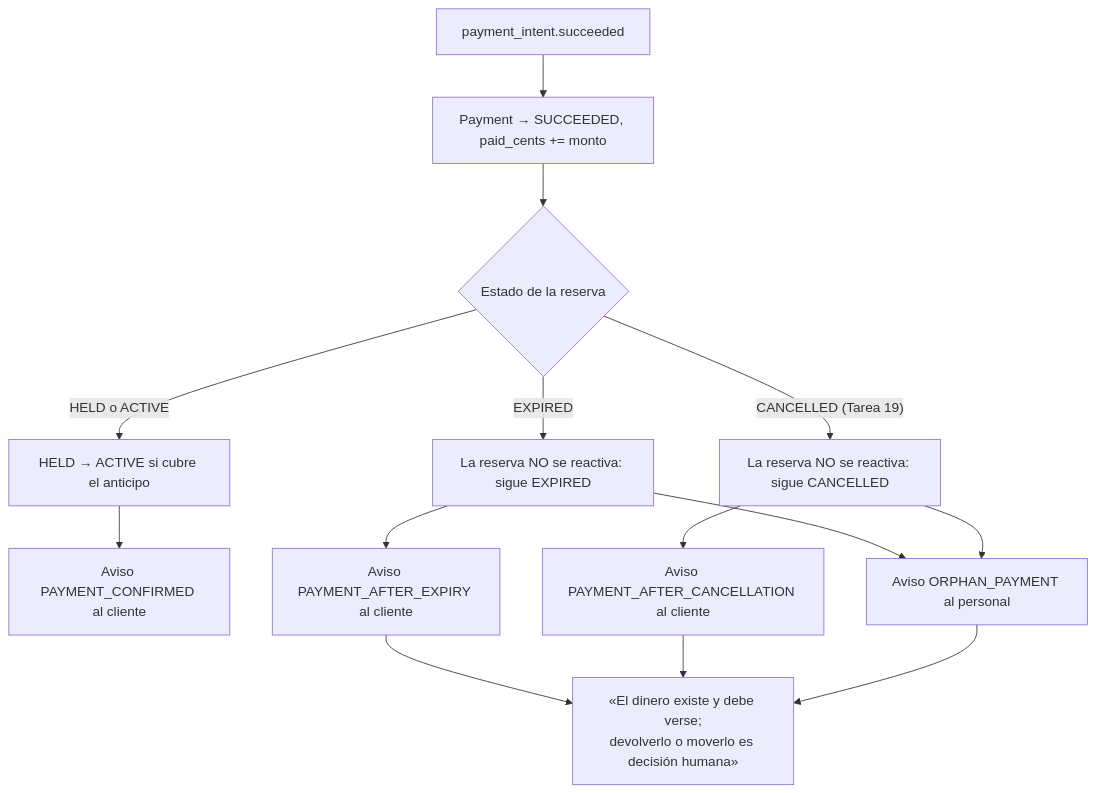
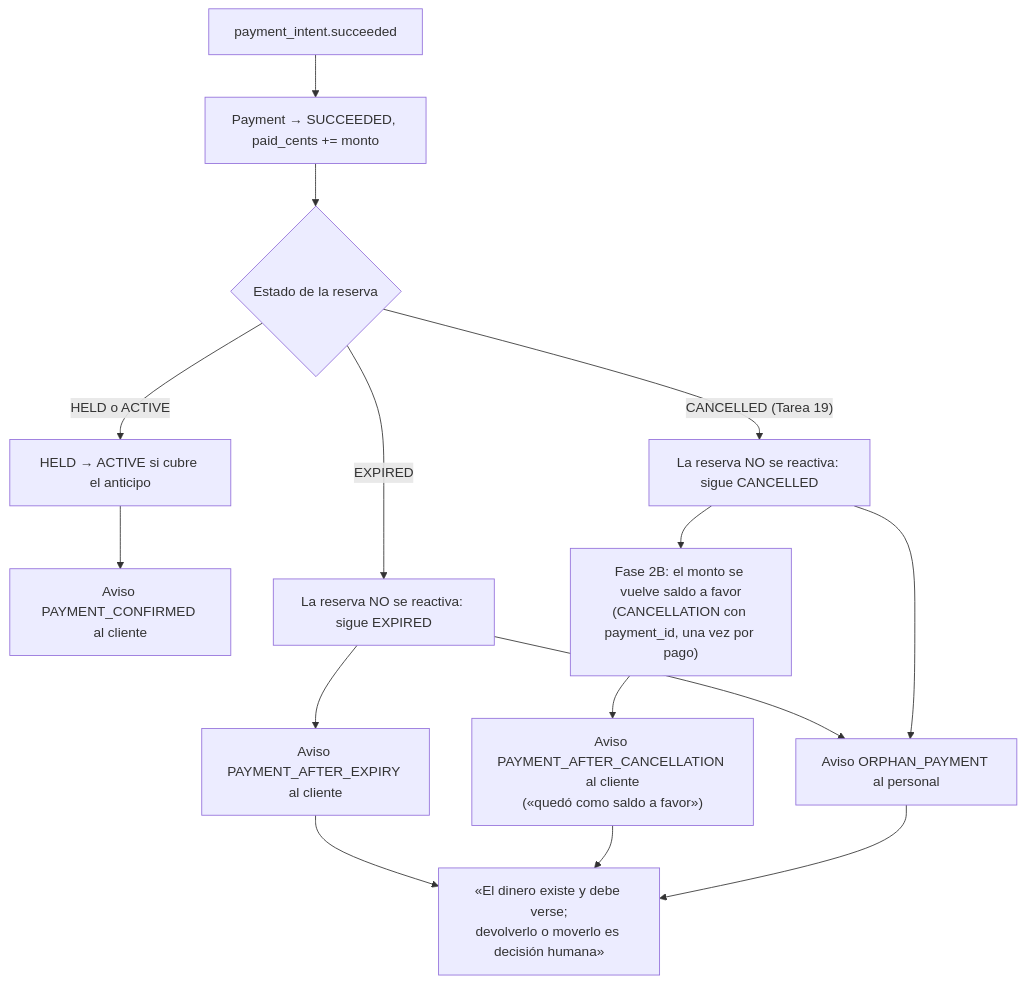
The seventh of 8 diagrams in docs/diagrams/payment-flow.md (erickgs2/ruta_mochilera), drawn with Mermaid before and after one commit. The commit also changed other lines of this file and 31 other files, not shown here.

````diff
--- a/docs/diagrams/payment-flow.md
+++ b/docs/diagrams/payment-flow.md
@@ -186,16 +186,17 @@
 ```mermaid
 flowchart TD
     A["payment_intent.succeeded"] --> B["Payment → SUCCEEDED, paid_cents += monto"]
     B --> C{"Estado de la reserva"}
     C -- "HELD o ACTIVE" --> D["HELD → ACTIVE si cubre el anticipo"]
     D --> E["Aviso PAYMENT_CONFIRMED al cliente"]
     C -- "EXPIRED" --> F["La reserva NO se reactiva: sigue EXPIRED"]
     F --> G["Aviso PAYMENT_AFTER_EXPIRY al cliente"]
     F --> H["Aviso ORPHAN_PAYMENT al personal"]
     C -- "CANCELLED (Tarea 19)" --> F2["La reserva NO se reactiva: sigue CANCELLED"]
-    F2 --> G2["Aviso PAYMENT_AFTER_CANCELLATION al cliente"]
+    F2 --> CR["Fase 2B: el monto se vuelve saldo a favor<br/>(CANCELLATION con payment_id, una vez por pago)"]
+    CR --> G2["Aviso PAYMENT_AFTER_CANCELLATION al cliente<br/>(«quedó como saldo a favor»)"]
     F2 --> H
     G --> I["«El dinero existe y debe verse;<br/>devolverlo o moverlo es decisión humana»"]
     G2 --> I
     H --> I
 ```
````
